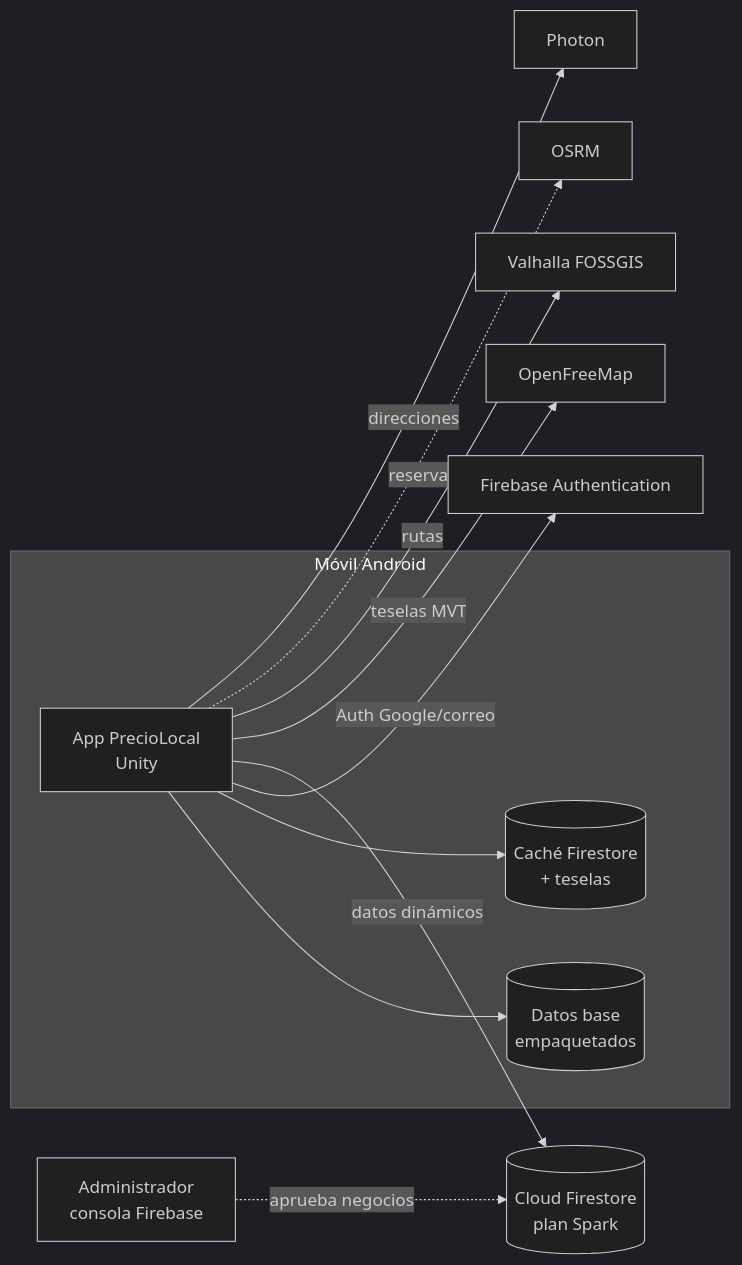
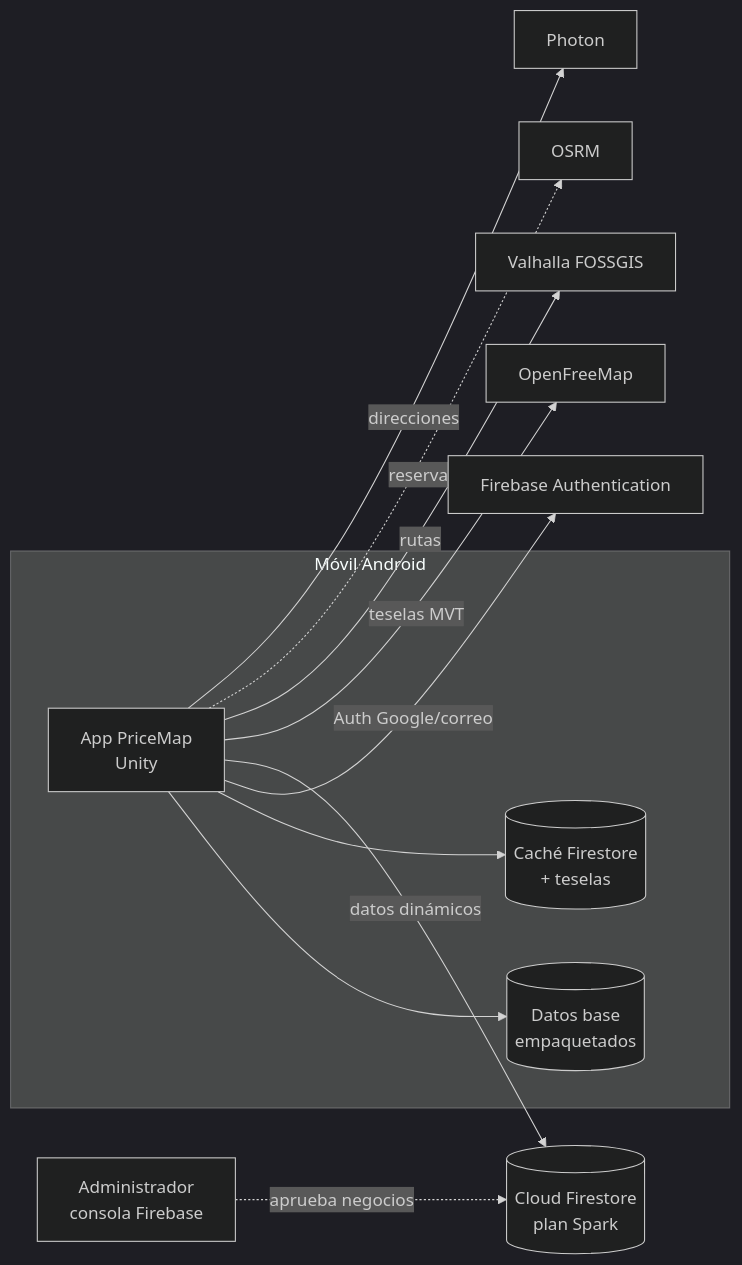
One commit to Josepa-12/TFG-App-Precios changed the second of 3 diagrams in _bmad-output/planning-artifacts/architecture/architecture-TFG-App-Precios-2026-11-16/ARCHITECTURE-SPINE.md. Above: the diagram before and after it, drawn with Mermaid (dark theme). The commit also changed other lines of this file and 167 other files, not shown here.

First line of the commit message:
Historia 1.1: PriceMap sobre la nueva estructura en capas, sin Cesium

````diff
--- a/_bmad-output/planning-artifacts/architecture/architecture-TFG-App-Precios-2026-11-16/ARCHITECTURE-SPINE.md
+++ b/_bmad-output/planning-artifacts/architecture/architecture-TFG-App-Precios-2026-11-16/ARCHITECTURE-SPINE.md
@@ -220,17 +220,17 @@
 ```mermaid
 flowchart LR
   subgraph Movil[Móvil Android]
-    APPK[App PrecioLocal<br/>Unity]
+    APPK[App PriceMap<br/>Unity]
     DATOS[(Datos base<br/>empaquetados)]
     CACHE[(Caché Firestore<br/>+ teselas)]
   end
   APPK --> DATOS
   APPK --> CACHE
   APPK -- Auth Google/correo --> FA[Firebase Authentication]
   APPK -- datos dinámicos --> FS[(Cloud Firestore<br/>plan Spark)]
   APPK -- teselas MVT --> OFM[OpenFreeMap]
   APPK -- rutas --> VAL[Valhalla FOSSGIS]
   APPK -. reserva .-> OSRM[OSRM]
   APPK -- direcciones --> PH[Photon]
   ADMIN[Administrador<br/>consola Firebase] -. aprueba negocios .-> FS
 ```
````
